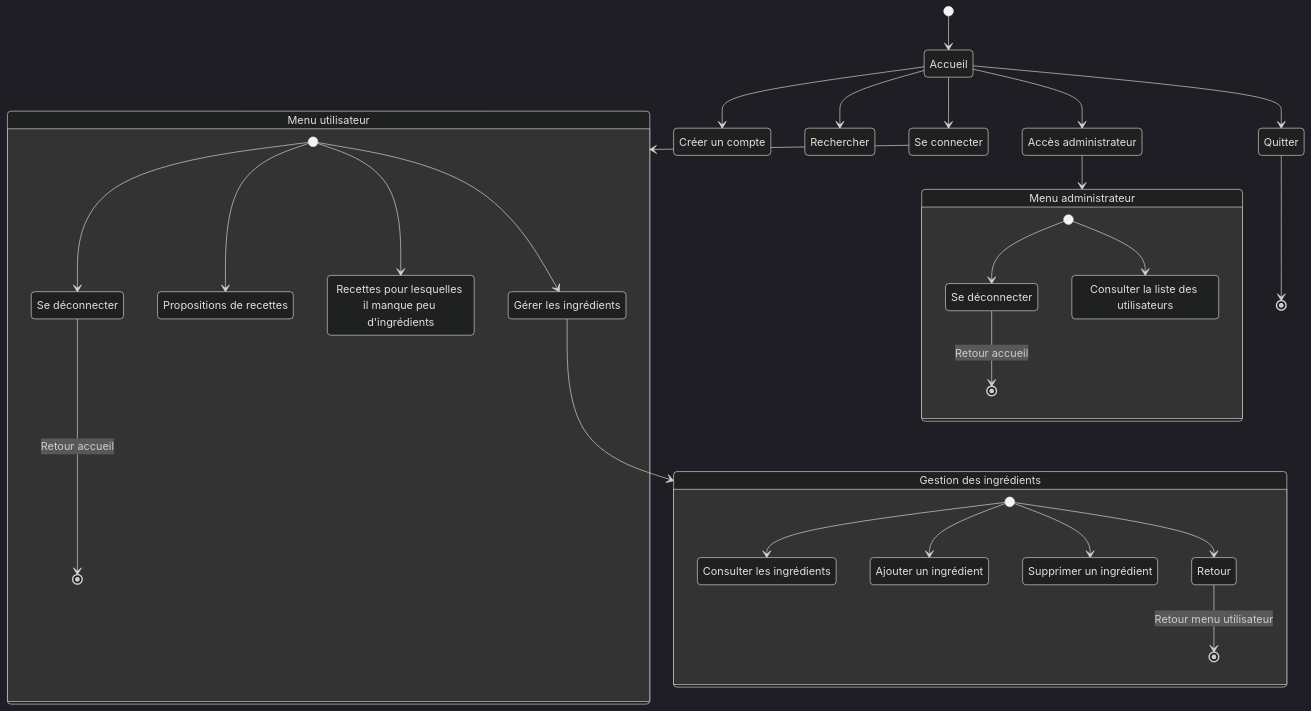
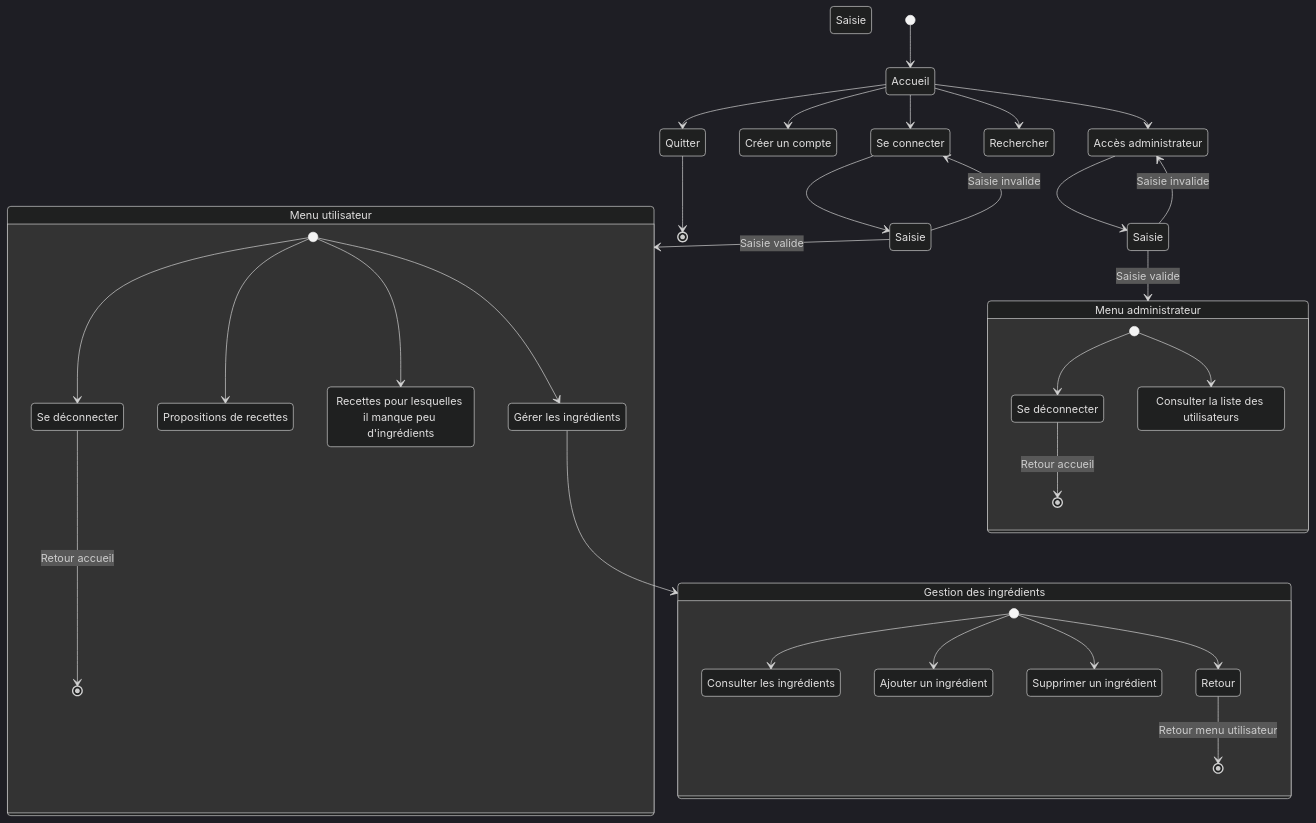
One commit to bbrunel/ENSAI-2A-projet-info changed the first of 5 diagrams in doc/diag_activites.md. Above: the diagram before and after it, drawn with Mermaid (dark theme). The commit also changed other lines of this file, not shown here.

Commit message:
Saisies diag act

````diff
--- a/doc/diag_activites.md
+++ b/doc/diag_activites.md
@@ -20,58 +20,64 @@
 ```mermaid
 stateDiagram
     login : Se connecter
     menu_utilisateur : Menu utilisateur
     menu_ingr : Gestion des ingrédients
     logon : Créer un compte
     gerer_ingr : Gérer les ingrédients
     Consulter_les_ingrédients : Consulter les ingrédients
     Ajouter_un_ingrédient : Ajouter un ingrédient
     Supprimer_un_ingrédient : Supprimer un ingrédient
     recettes : Propositions de recettes
     rec_ingr_manquant : Recettes pour lesquelles il manque peu d'ingrédients
     logout : Se déconnecter
     admin : Accès administrateur
     admin_out : Se déconnecter
     list_utilisateurs : Consulter la liste des utilisateurs
     menu_admin : Menu administrateur
+    Saisie_a : Saisie
+    Saisie_u : Saisie
     
     [*] --> Accueil
     
     Accueil --> Rechercher
 
     Accueil --> login
-    login --> menu_utilisateur
+    login --> Saisie
+    Saisie --> menu_utilisateur: Saisie valide
+    Saisie --> login: Saisie invalide
     
     Accueil --> logon
 
     Accueil --> admin
-    admin --> menu_admin
+    admin --> Saisie_a
+    Saisie_a --> menu_admin: Saisie valide
+    Saisie_a --> admin: Saisie invalide
     
     Accueil --> Quitter
     Quitter --> [*]
 
     state menu_admin {
       [*] --> list_utilisateurs
       [*] --> admin_out
       admin_out --> [*]: Retour accueil
     }
     
     state menu_utilisateur {
     	[*] --> gerer_ingr
       [*] --> recettes
       [*] --> rec_ingr_manquant
     	[*] --> logout
       logout --> [*]:Retour accueil
     }
 
-  gerer_ingr --> menu_ingr
+    gerer_ingr --> menu_ingr
 
     state menu_ingr {
       [*] --> Consulter_les_ingrédients
       [*] --> Ajouter_un_ingrédient
       [*] --> Supprimer_un_ingrédient
       [*] --> Retour
       Retour --> [*]: Retour menu utilisateur
         
     }
 ```
````
